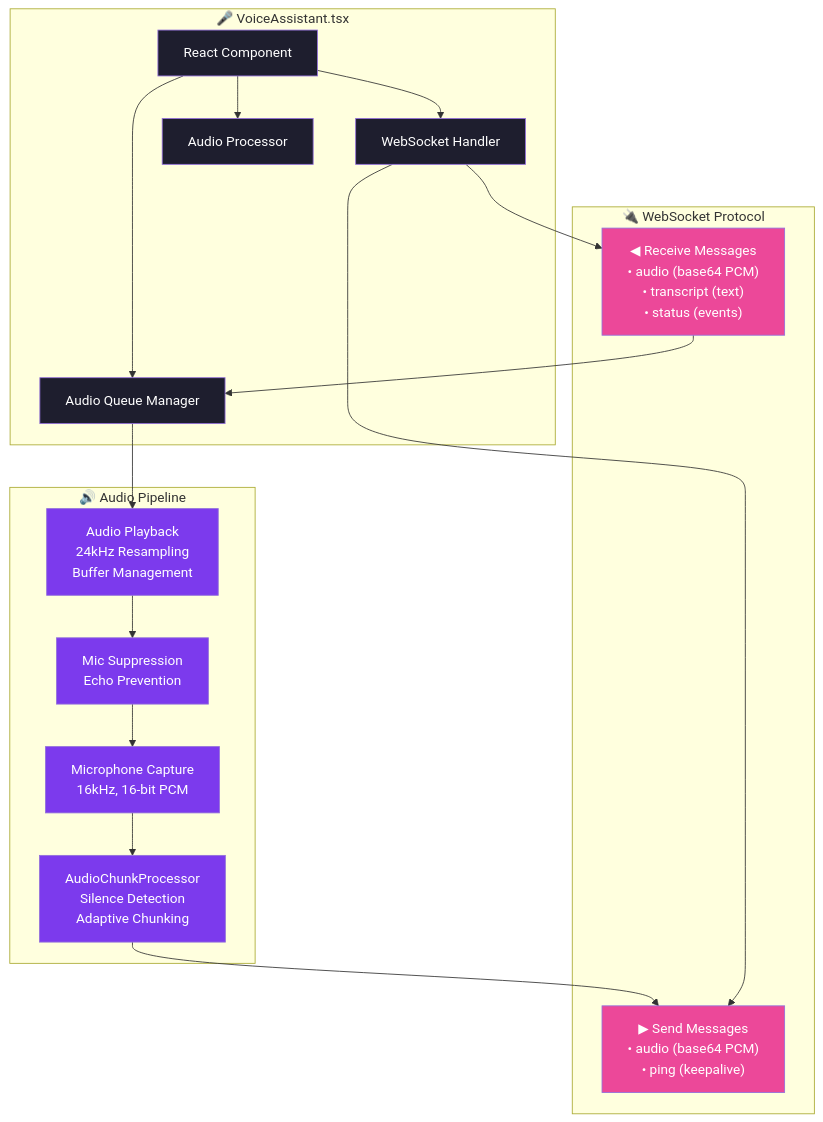
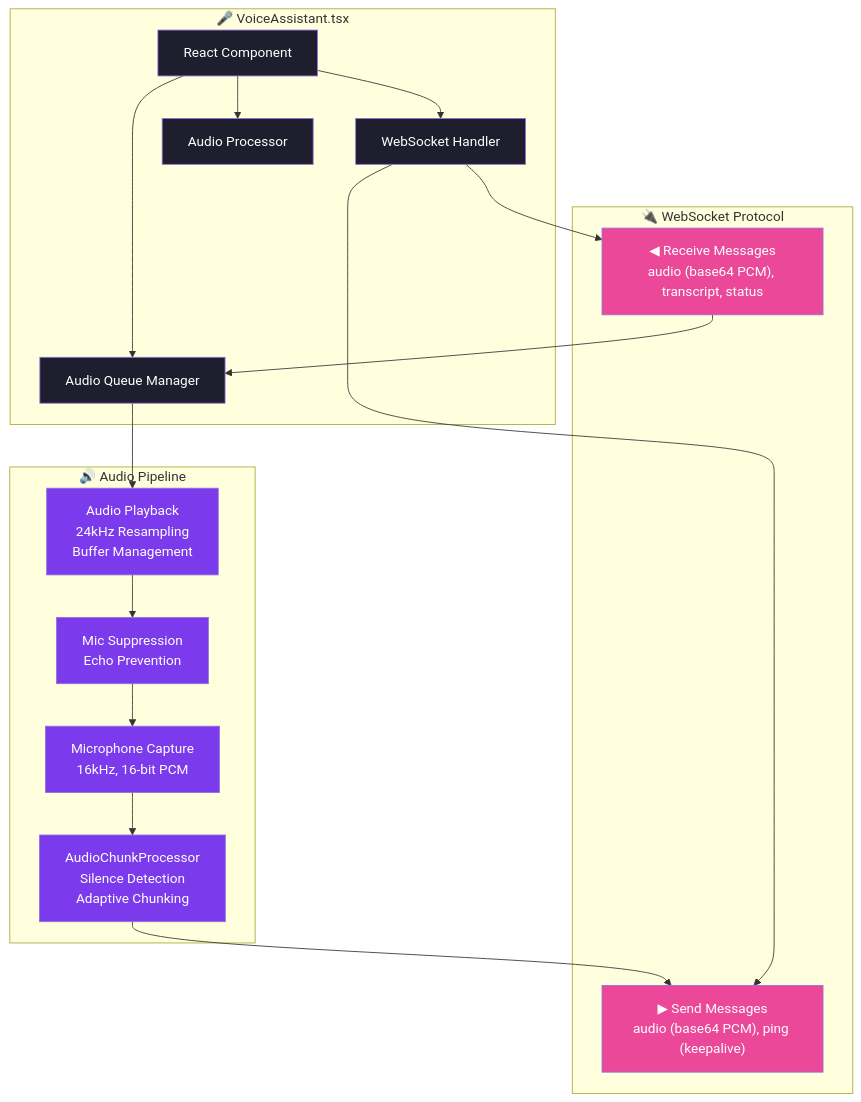
The tenth of 35 diagrams in ARCHITECTURE.md (Anil-Pradhan-web/ai-career-mentor), drawn with Mermaid before and after one commit. The commit also changed other lines of this file, not shown here.

Commit message:
fix: remove all JSON curly braces from Mermaid sequence diagrams, simplify state diagrams, replace classDef with inline styles for GitHub compatibility

````diff
--- a/ARCHITECTURE.md
+++ b/ARCHITECTURE.md
@@ -514,40 +486,40 @@
 ```mermaid
 graph TB
     classDef ui fill:#1e1e2e,color:#fff
     classDef audio fill:#7c3aed,color:#fff
     classDef ws fill:#ec4899,color:#fff
 
     subgraph "🎤 VoiceAssistant.tsx"
         UI["React Component"]
         WSHandler["WebSocket Handler"]
         AudioProc["Audio Processor"]
         Queue["Audio Queue Manager"]
     end
     
     subgraph "🔊 Audio Pipeline"
         Mic["Microphone Capture<br/>16kHz, 16-bit PCM"]
         Chunk["AudioChunkProcessor<br/>Silence Detection<br/>Adaptive Chunking"]
         Playback["Audio Playback<br/>24kHz Resampling<br/>Buffer Management"]
         Suppress["Mic Suppression<br/>Echo Prevention"]
     end
     
     subgraph "🔌 WebSocket Protocol"
-        WS_SEND["▶ Send Messages<br/>• audio (base64 PCM)<br/>• ping (keepalive)"]
-        WS_RECV["◀ Receive Messages<br/>• audio (base64 PCM)<br/>• transcript (text)<br/>• status (events)"]
+        WS_SEND["▶ Send Messages<br/>audio (base64 PCM), ping (keepalive)"]
+        WS_RECV["◀ Receive Messages<br/>audio (base64 PCM), transcript, status"]
     end
     
     UI --> WSHandler
     UI --> AudioProc
     UI --> Queue
     
     Mic --> Chunk --> WS_SEND
     WS_RECV --> Queue --> Playback
     Playback --> Suppress --> Mic
     
     WSHandler --> WS_SEND
     WSHandler --> WS_RECV
 
     class UI,WSHandler,AudioProc,Queue ui
     class Mic,Chunk,Playback,Suppress audio
     class WS_SEND,WS_RECV ws
 ```
````
